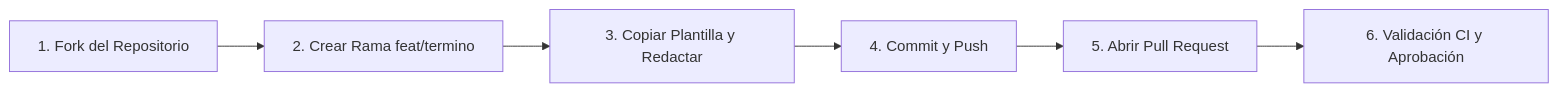
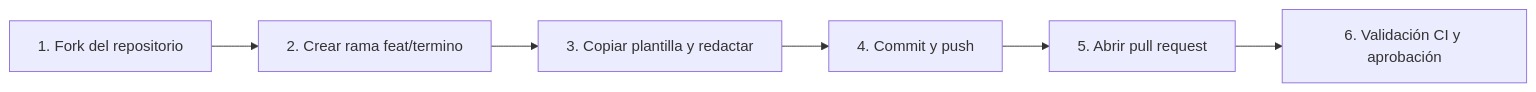
Before and after one commit to AndriySym/glosario: the diagram in .mkdocs/docs/guia-contribucion.md, drawn with Mermaid. The commit also changed other lines of this file and 5 other files, not shown here.

````diff
--- a/.mkdocs/docs/guia-contribucion.md
+++ b/.mkdocs/docs/guia-contribucion.md
@@ -25,8 +25,8 @@
 ```mermaid
 graph LR
-    A[1. Fork del Repositorio] --> B[2. Crear Rama feat/termino]
-    B --> C[3. Copiar Plantilla y Redactar]
-    C --> D[4. Commit y Push]
-    D --> E[5. Abrir Pull Request]
-    E --> F[6. Validación CI y Aprobación]
+    A[1. Fork del repositorio] --> B[2. Crear rama feat/termino]
+    B --> C[3. Copiar plantilla y redactar]
+    C --> D[4. Commit y push]
+    D --> E[5. Abrir pull request]
+    E --> F[6. Validación CI y aprobación]
 ```
````
